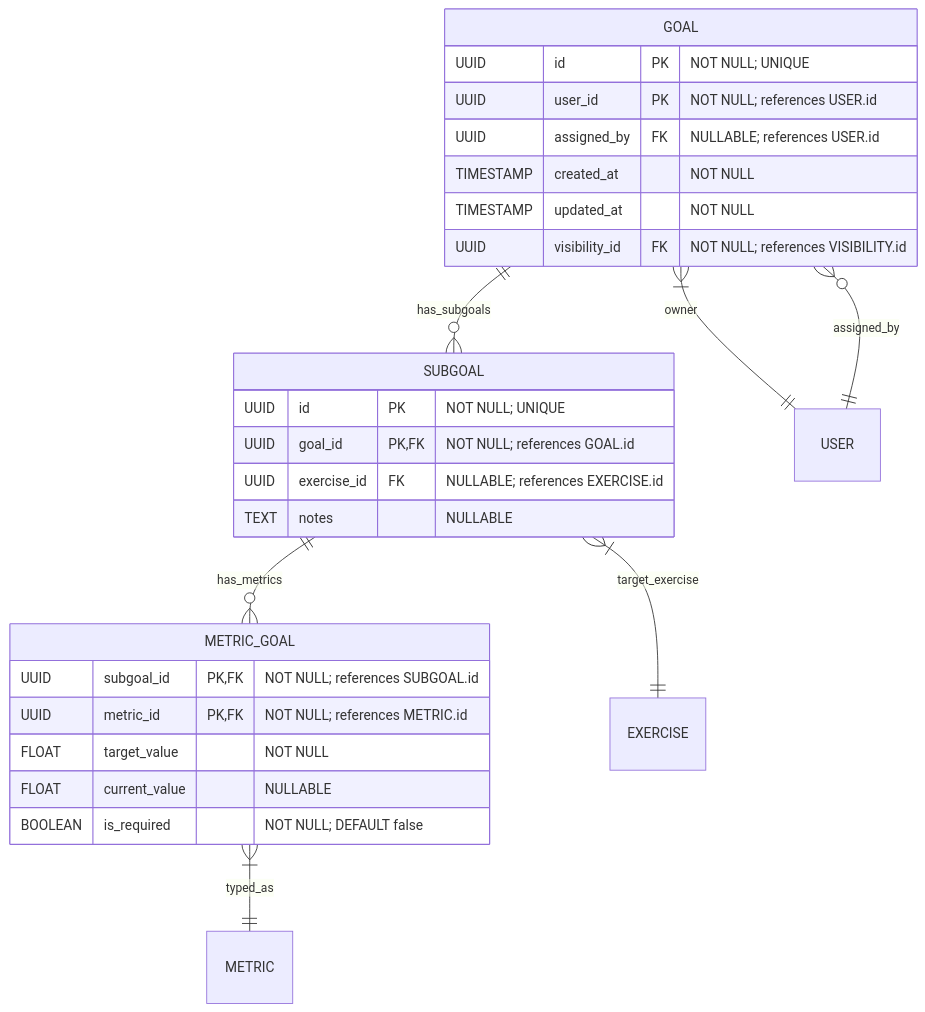
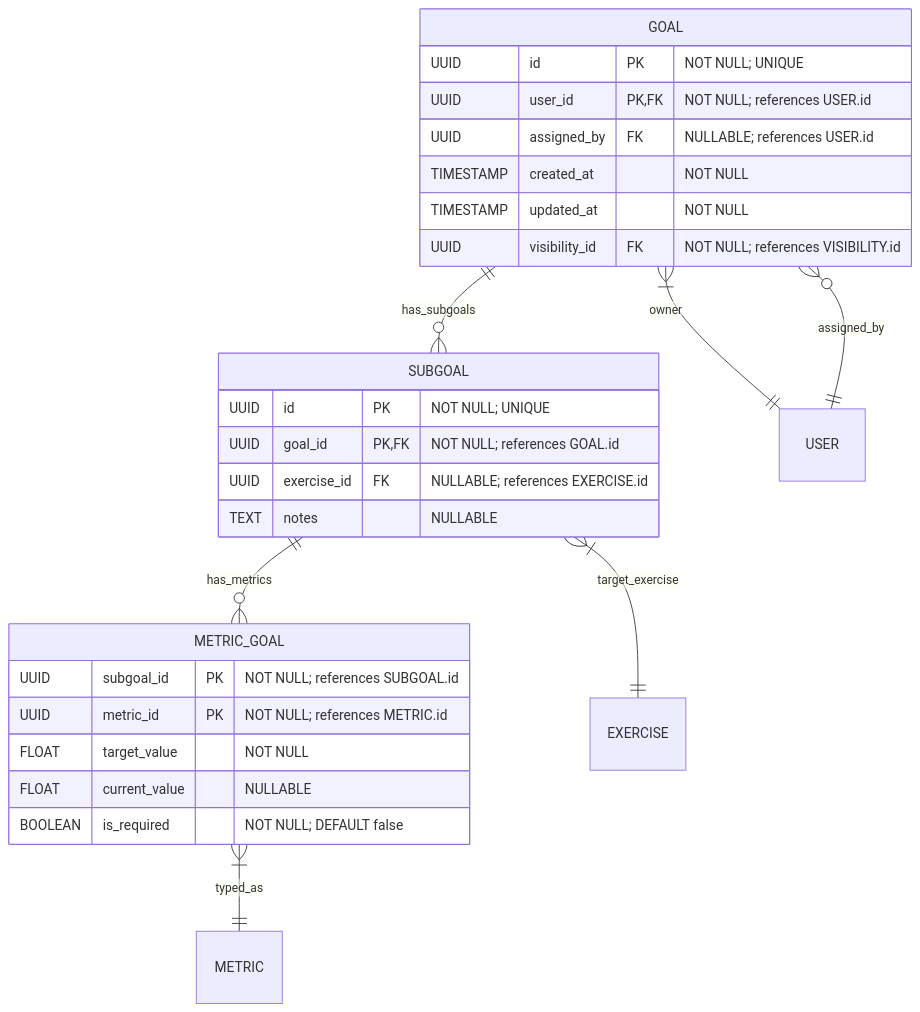
Before and after one commit to Dratharias/Motriforge: the diagram in docs/core/goals.md, drawn with Mermaid. The commit also changed 20 other files, not shown here.

````diff
--- a/docs/core/goals.md
+++ b/docs/core/goals.md
@@ -7,51 +7,51 @@
 ```mermaid
 erDiagram
 
   %% ==============================
   %% 1) Goal and Subgoal — User-Level Planning
   %% ==============================
 
   GOAL {
     UUID id PK                       "NOT NULL; UNIQUE"
-    UUID user_id PK                  "NOT NULL; references USER.id"
+    UUID user_id PK,FK                  "NOT NULL; references USER.id"
     UUID assigned_by FK              "NULLABLE; references USER.id"
     TIMESTAMP created_at             "NOT NULL"
     TIMESTAMP updated_at             "NOT NULL"
     UUID visibility_id FK               "NOT NULL; references VISIBILITY.id"
   }
 
   SUBGOAL {
     UUID id PK                       "NOT NULL; UNIQUE"
-    UUID goal_id PK, FK              "NOT NULL; references GOAL.id"
+    UUID goal_id PK,FK              "NOT NULL; references GOAL.id"
     UUID exercise_id FK              "NULLABLE; references EXERCISE.id"
     TEXT notes                       "NULLABLE"
   }
 
   %% ==================================
   %% 2) Metric Definitions and Target Tracking
   %% ==================================
 
   METRIC_GOAL {
-    UUID subgoal_id PK, FK           "NOT NULL; references SUBGOAL.id"
-    UUID metric_id PK, FK            "NOT NULL; references METRIC.id"
+    UUID subgoal_id PK           "NOT NULL; references SUBGOAL.id"
+    UUID metric_id PK            "NOT NULL; references METRIC.id"
     FLOAT target_value               "NOT NULL"
     FLOAT current_value              "NULLABLE"
     BOOLEAN is_required              "NOT NULL; DEFAULT false"
   }
 
   %% ==============================
   %% 3) Internal Relationships
   %% ==============================
 
   GOAL        ||--o{ SUBGOAL       : "has_subgoals"
   SUBGOAL     ||--o{ METRIC_GOAL   : "has_metrics"
 
   %% ==============================
   %% 4) External Relationships
   %% ==============================
 
   GOAL        }|--|| USER          : "owner"
   GOAL        }o--|| USER          : "assigned_by"
   SUBGOAL     }|--|| EXERCISE      : "target_exercise"
   METRIC_GOAL }|--|| METRIC        : "typed_as"
 ```
````
